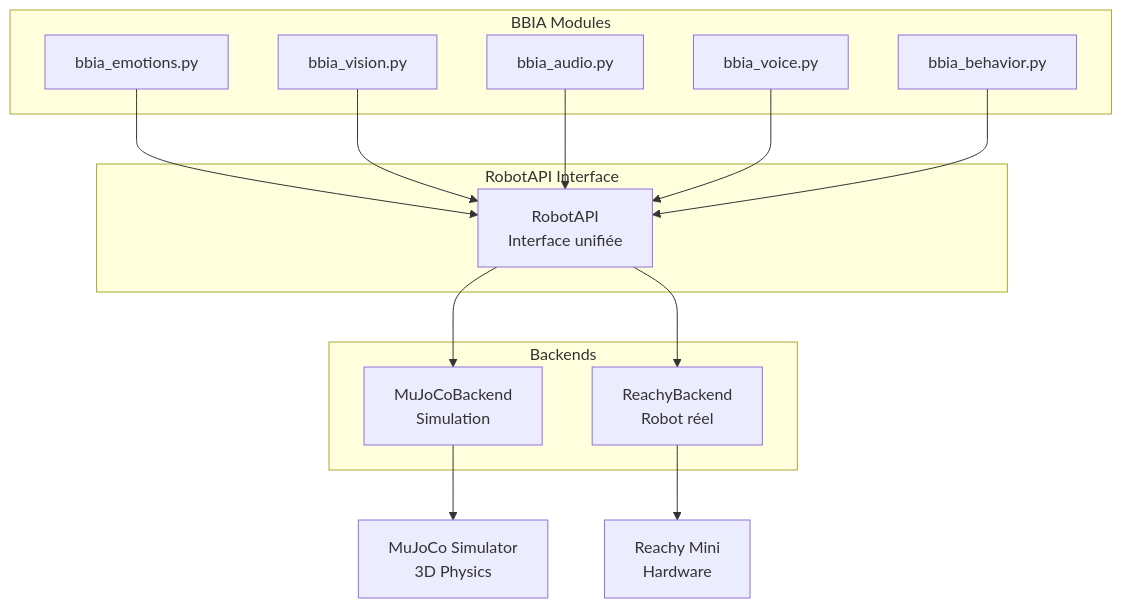
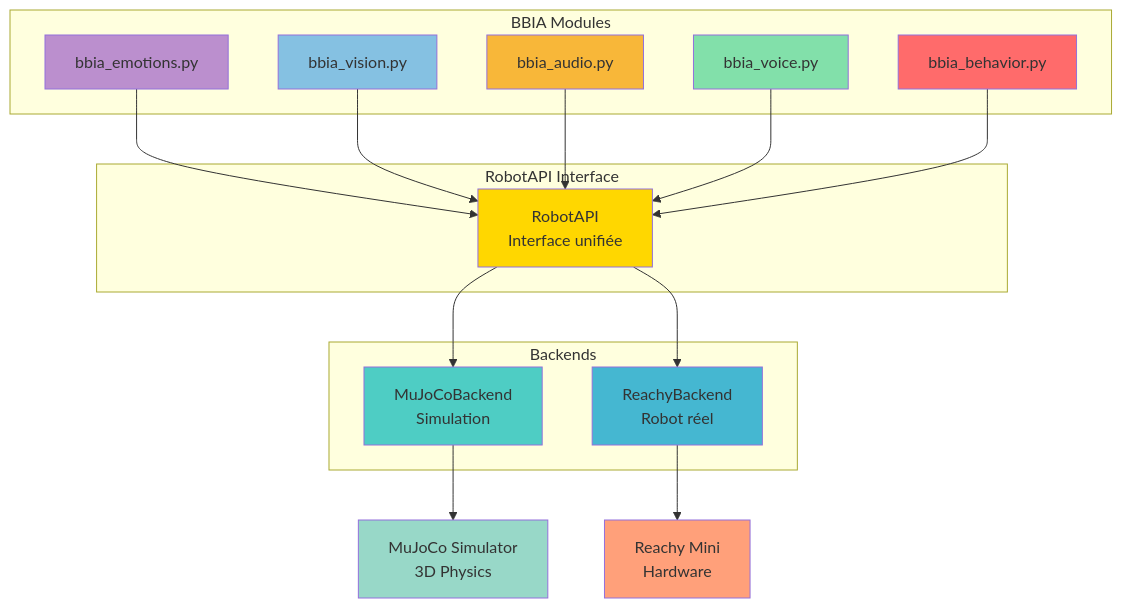
Before and after one commit to arkalia-luna-system/bbia-sim: the first of 3 diagrams in docs/guides_techniques/SWITCH_SIM_ROBOT.md, drawn with Mermaid. The commit also changed other lines of this file and 11 other files, not shown here.

First line of the commit message:
fix: ajout couleurs schémas Mermaid restants + corrections finales

````diff
--- a/docs/guides_techniques/SWITCH_SIM_ROBOT.md
+++ b/docs/guides_techniques/SWITCH_SIM_ROBOT.md
@@ -20,31 +20,42 @@
 ```mermaid
 graph TB
     subgraph "BBIA Modules"
         EMOTIONS[bbia_emotions.py]
         VISION[bbia_vision.py]
         AUDIO[bbia_audio.py]
         VOICE[bbia_voice.py]
         BEHAVIOR[bbia_behavior.py]
     end
 
     subgraph "RobotAPI Interface"
         API[RobotAPI<br/>Interface unifiée]
     end
 
     subgraph "Backends"
         MUJOCO[MuJoCoBackend<br/>Simulation]
         REACHY[ReachyBackend<br/>Robot réel]
     end
 
     EMOTIONS --> API
     VISION --> API
     AUDIO --> API
     VOICE --> API
     BEHAVIOR --> API
 
     API --> MUJOCO
     API --> REACHY
 
     MUJOCO --> SIM[MuJoCo Simulator<br/>3D Physics]
     REACHY --> ROBOT[Reachy Mini<br/>Hardware]
+    
+    style EMOTIONS fill:#BB8FCE
+    style VISION fill:#85C1E2
+    style AUDIO fill:#F8B739
+    style VOICE fill:#82E0AA
+    style BEHAVIOR fill:#FF6B6B
+    style API fill:#FFD700
+    style MUJOCO fill:#4ECDC4
+    style REACHY fill:#45B7D1
+    style SIM fill:#98D8C8
+    style ROBOT fill:#FFA07A
 ```
````
